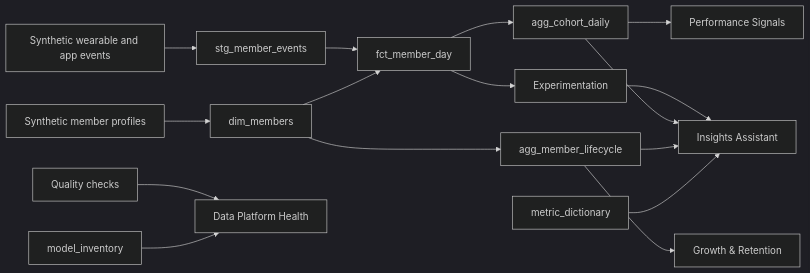
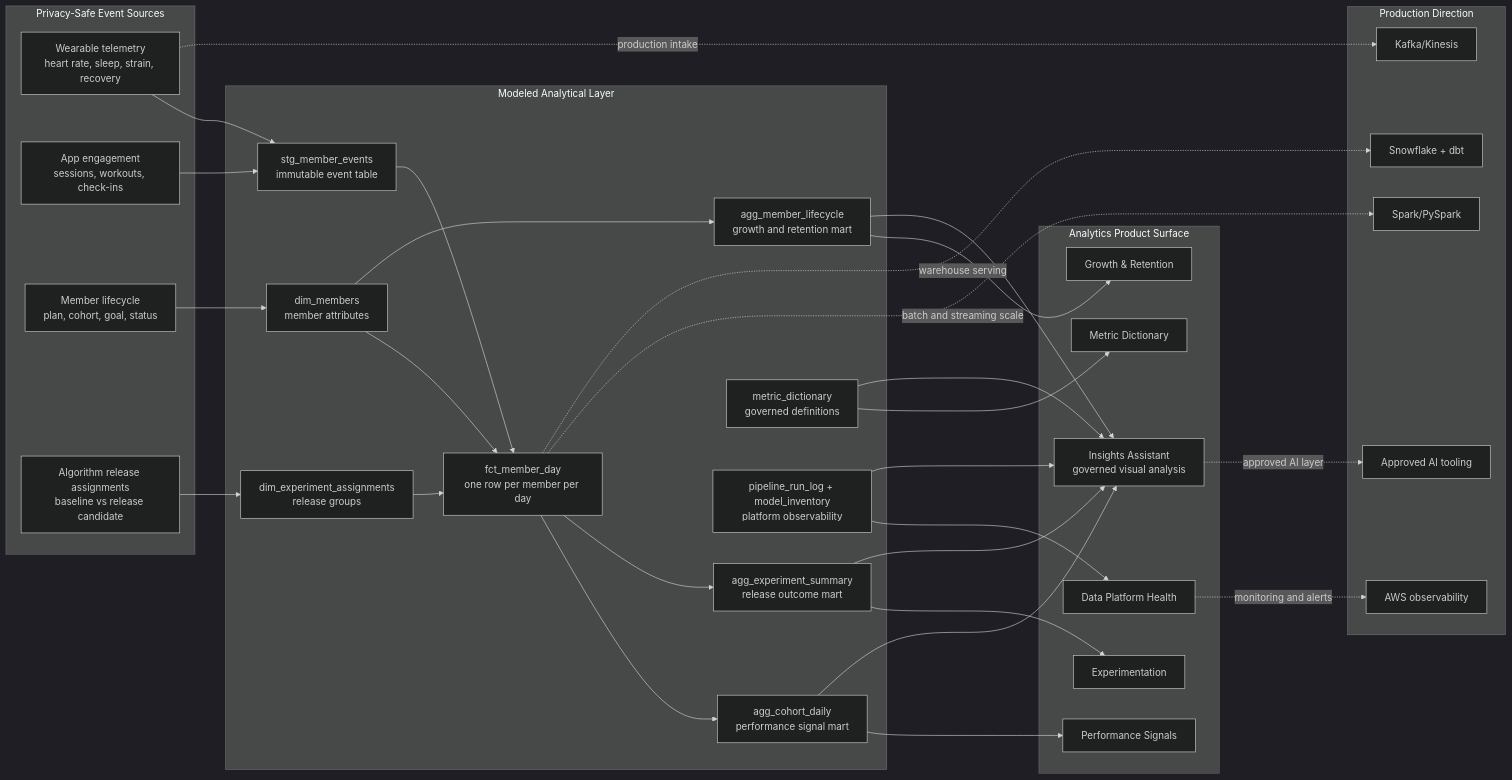
One commit to ravi-rajpurohit-gh/member-insights changed the diagram in README.md. Above: the diagram before and after it, drawn with Mermaid (dark theme). The commit also changed other lines of this file and 3 other files, not shown here.

Commit message:
Refine member insights case study

````diff
--- a/README.md
+++ b/README.md
@@ -88,18 +88,64 @@
 ```mermaid
 flowchart LR
-    A["Synthetic wearable and app events"] --> B["stg_member_events"]
-    C["Synthetic member profiles"] --> D["dim_members"]
-    B --> E["fct_member_day"]
-    D --> E
-    E --> F["agg_cohort_daily"]
-    D --> L["agg_member_lifecycle"]
-    F --> G["Performance Signals"]
-    L --> R["Growth & Retention"]
-    E --> X["Experimentation"]
-    X --> H["Insights Assistant"]
+    subgraph Sources["Privacy-Safe Event Sources"]
+        A["Wearable telemetry<br/>heart rate, sleep, strain, recovery"]
+        B["App engagement<br/>sessions, workouts, check-ins"]
+        C["Member lifecycle<br/>plan, cohort, goal, status"]
+        D["Algorithm release assignments<br/>baseline vs release candidate"]
+    end
+
+    subgraph Warehouse["Modeled Analytical Layer"]
+        E["stg_member_events<br/>immutable event table"]
+        F["dim_members<br/>member attributes"]
+        G["dim_experiment_assignments<br/>release groups"]
+        H["fct_member_day<br/>one row per member per day"]
+        I["agg_cohort_daily<br/>performance signal mart"]
+        J["agg_member_lifecycle<br/>growth and retention mart"]
+        K["agg_experiment_summary<br/>release outcome mart"]
+        L["metric_dictionary<br/>governed definitions"]
+        M["pipeline_run_log + model_inventory<br/>platform observability"]
+    end
+
+    subgraph Product["Analytics Product Surface"]
+        N["Growth & Retention"]
+        O["Performance Signals"]
+        P["Experimentation"]
+        Q["Data Platform Health"]
+        R["Metric Dictionary"]
+        S["Insights Assistant<br/>governed visual analysis"]
+    end
+
+    subgraph Production["Production Direction"]
+        T["Kafka/Kinesis"]
+        U["Spark/PySpark"]
+        V["Snowflake + dbt"]
+        W["AWS observability"]
+        X["Approved AI tooling"]
+    end
+
+    A --> E
+    B --> E
+    C --> F
+    D --> G
+    E --> H
     F --> H
-    L --> H
-    I["Quality checks"] --> P["Data Platform Health"]
-    J["metric_dictionary"] --> H
-    K["model_inventory"] --> P
+    G --> H
+    H --> I
+    F --> J
+    H --> K
+    I --> O
+    J --> N
+    K --> P
+    M --> Q
+    L --> R
+    I --> S
+    J --> S
+    K --> S
+    M --> S
+    L --> S
+    A -.production intake.-> T
+    H -.batch and streaming scale.-> U
+    H -.warehouse serving.-> V
+    Q -.monitoring and alerts.-> W
+    S -.approved AI layer.-> X
 ```
````
